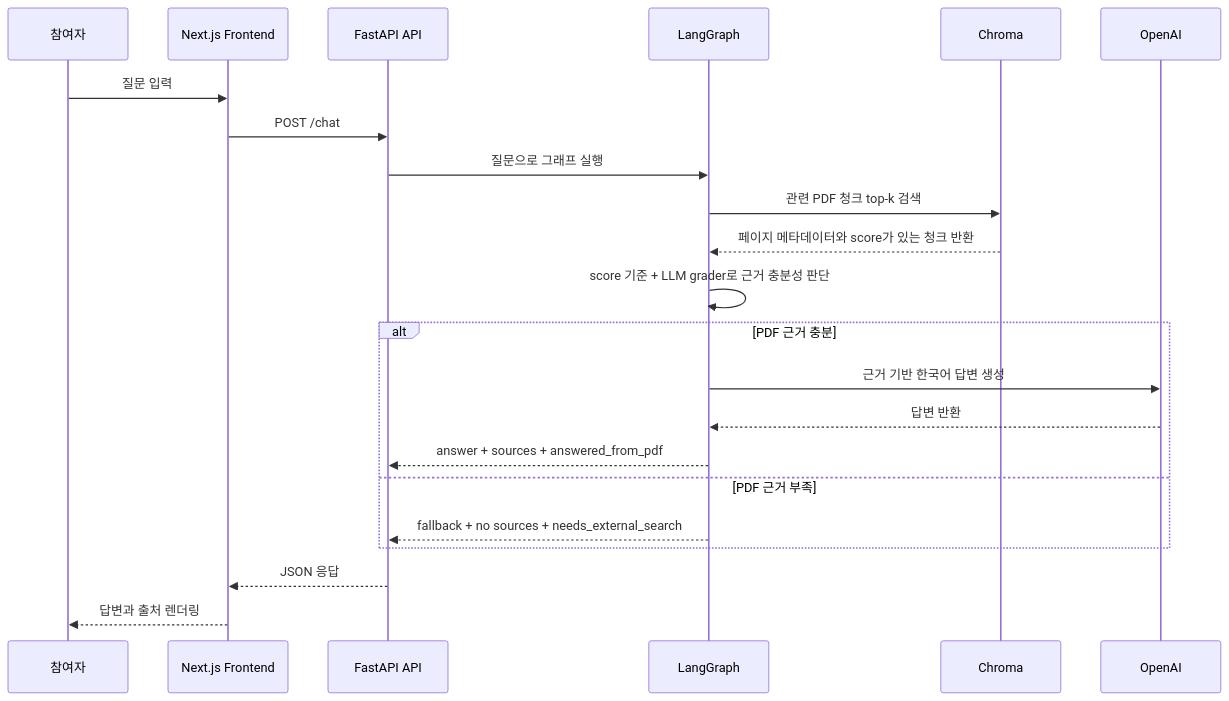
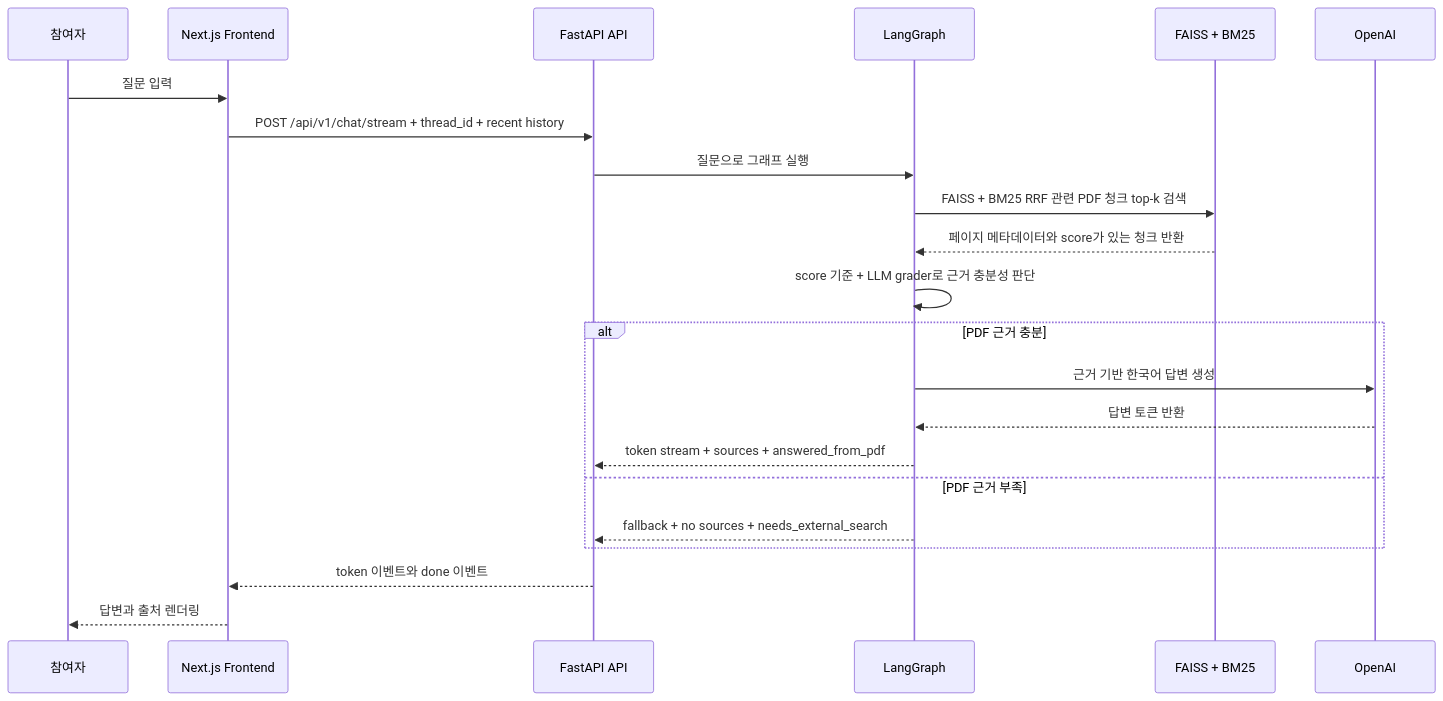
One commit to DataChuLee/Youth-Allowance changed the second of 4 diagrams in docs/architecture.md. Above: the diagram before and after it, drawn with Mermaid. The commit also changed other lines of this file and 2 other files, not shown here.

Commit message:
docs: document API migration and runtime trust boundaries

````diff
--- a/docs/architecture.md
+++ b/docs/architecture.md
@@ -43,25 +45,25 @@
 ```mermaid
 sequenceDiagram
     participant U as 참여자
     participant F as Next.js Frontend
     participant A as FastAPI API
     participant G as LangGraph
-    participant C as Chroma
+    participant C as FAISS + BM25
     participant O as OpenAI
 
     U->>F: 질문 입력
-    F->>A: POST /chat
+    F->>A: POST /api/v1/chat/stream + thread_id + recent history
     A->>G: 질문으로 그래프 실행
-    G->>C: 관련 PDF 청크 top-k 검색
+    G->>C: FAISS + BM25 RRF 관련 PDF 청크 top-k 검색
     C-->>G: 페이지 메타데이터와 score가 있는 청크 반환
     G->>G: score 기준 + LLM grader로 근거 충분성 판단
     alt PDF 근거 충분
         G->>O: 근거 기반 한국어 답변 생성
-        O-->>G: 답변 반환
-        G-->>A: answer + sources + answered_from_pdf
+        O-->>G: 답변 토큰 반환
+        G-->>A: token stream + sources + answered_from_pdf
     else PDF 근거 부족
         G-->>A: fallback + no sources + needs_external_search
     end
-    A-->>F: JSON 응답
+    A-->>F: token 이벤트와 done 이벤트
     F-->>U: 답변과 출처 렌더링
 ```
````
